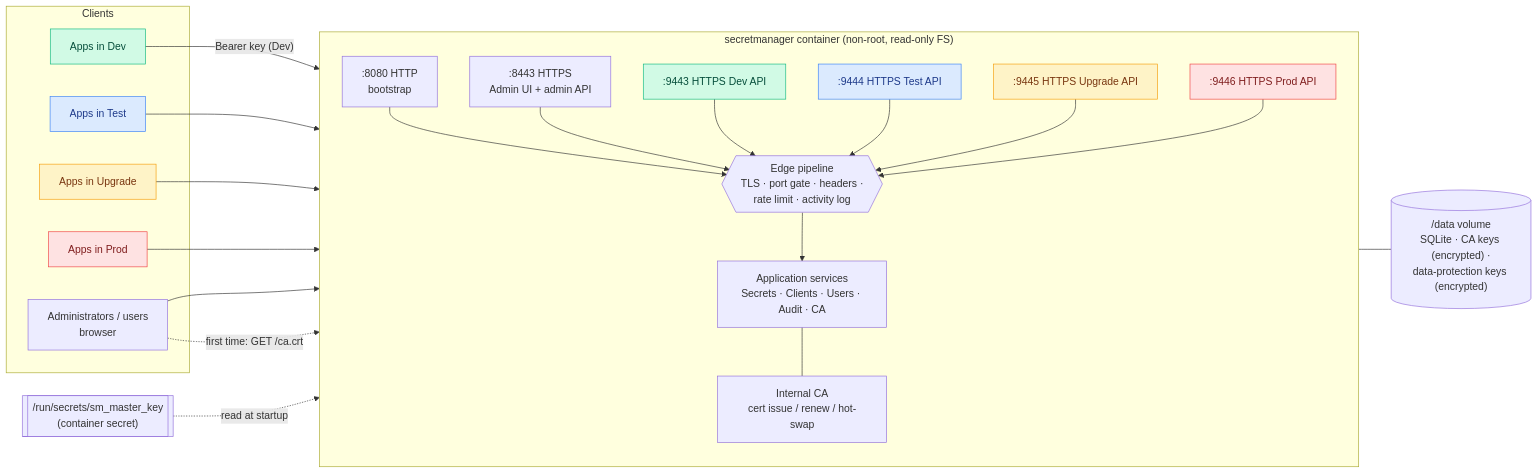
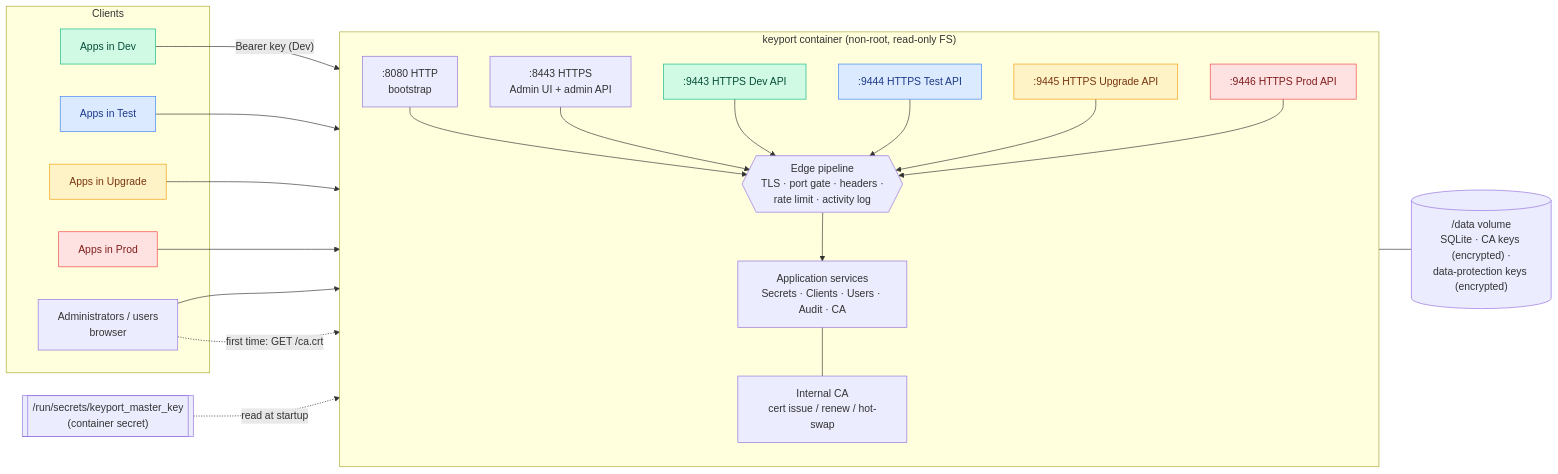
The first of 4 diagrams in README.md (jmconlon2001/keyport), drawn with Mermaid before and after one commit. The commit also changed other lines of this file and 237 other files, not shown here.

First line of the commit message:
Rename to Keyport; new logo and deep-space theme; key expiry and age

````diff
--- a/README.md
+++ b/README.md
@@ -90,42 +100,42 @@
 ```mermaid
 flowchart LR
     subgraph Clients
         A1[Apps in Dev]:::dev
         A2[Apps in Test]:::test
         A3[Apps in Upgrade]:::upg
         A4[Apps in Prod]:::prod
         U[Administrators / users<br/>browser]
     end
 
-    subgraph Container["secretmanager container (non-root, read-only FS)"]
+    subgraph Container["keyport container (non-root, read-only FS)"]
         direction TB
         H[":8080 HTTP<br/>bootstrap"]
         ADM[":8443 HTTPS<br/>Admin UI + admin API"]
         D[":9443 HTTPS Dev API"]:::dev
         T[":9444 HTTPS Test API"]:::test
         G[":9445 HTTPS Upgrade API"]:::upg
         P[":9446 HTTPS Prod API"]:::prod
         EDGE{{"Edge pipeline<br/>TLS · port gate · headers ·<br/>rate limit · activity log"}}
         APP["Application services<br/>Secrets · Clients · Users · Audit · CA"]
         CA["Internal CA<br/>cert issue / renew / hot-swap"]
         H & ADM & D & T & G & P --> EDGE --> APP
         APP --- CA
     end
 
     VOL[("/data volume<br/>SQLite · CA keys (encrypted) ·<br/>data-protection keys (encrypted)")]
-    KEK[["/run/secrets/sm_master_key<br/>(container secret)"]]
+    KEK[["/run/secrets/keyport_master_key<br/>(container secret)"]]
 
     A1 -->|"Bearer key (Dev)"| D
     A2 --> T
     A3 --> G
     A4 --> P
     U --> ADM
     U -. "first time: GET /ca.crt" .-> H
     APP --- VOL
     KEK -. read at startup .-> APP
 
     classDef dev fill:#d1fae5,stroke:#10b981,color:#064e3b
     classDef test fill:#dbeafe,stroke:#3b82f6,color:#1e3a8a
     classDef upg fill:#fef3c7,stroke:#f59e0b,color:#78350f
     classDef prod fill:#fee2e2,stroke:#ef4444,color:#7f1d1d
 ```
````
